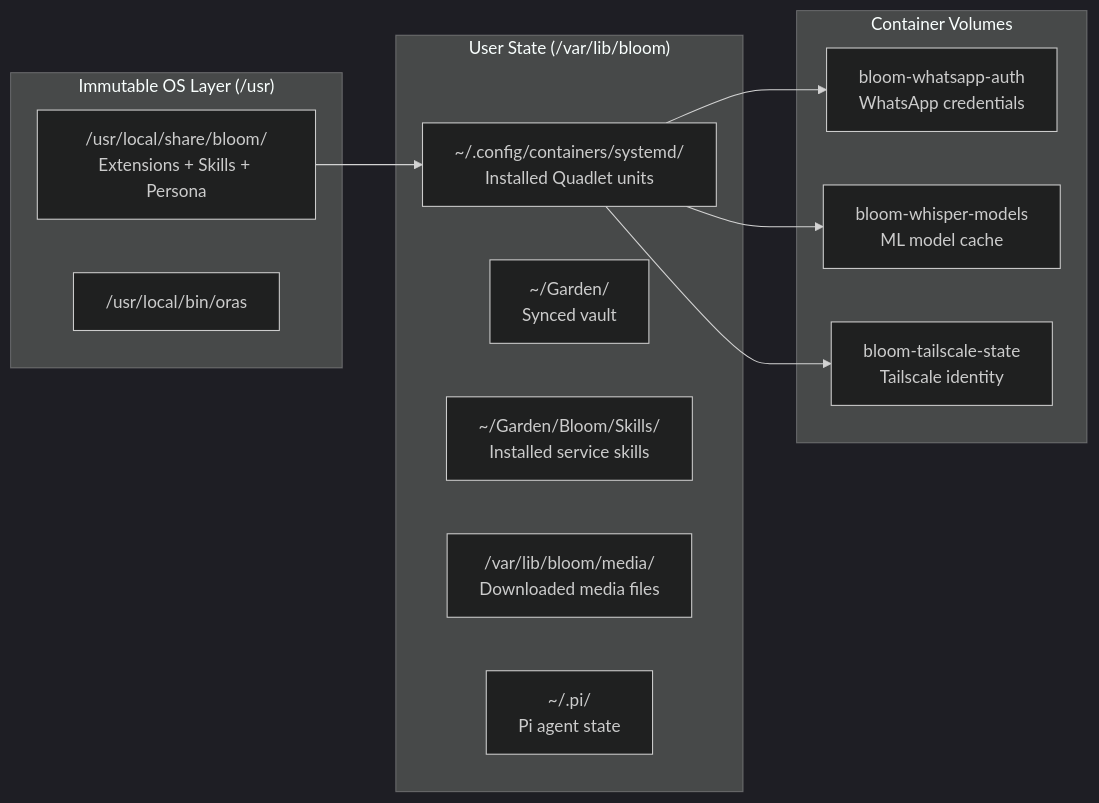
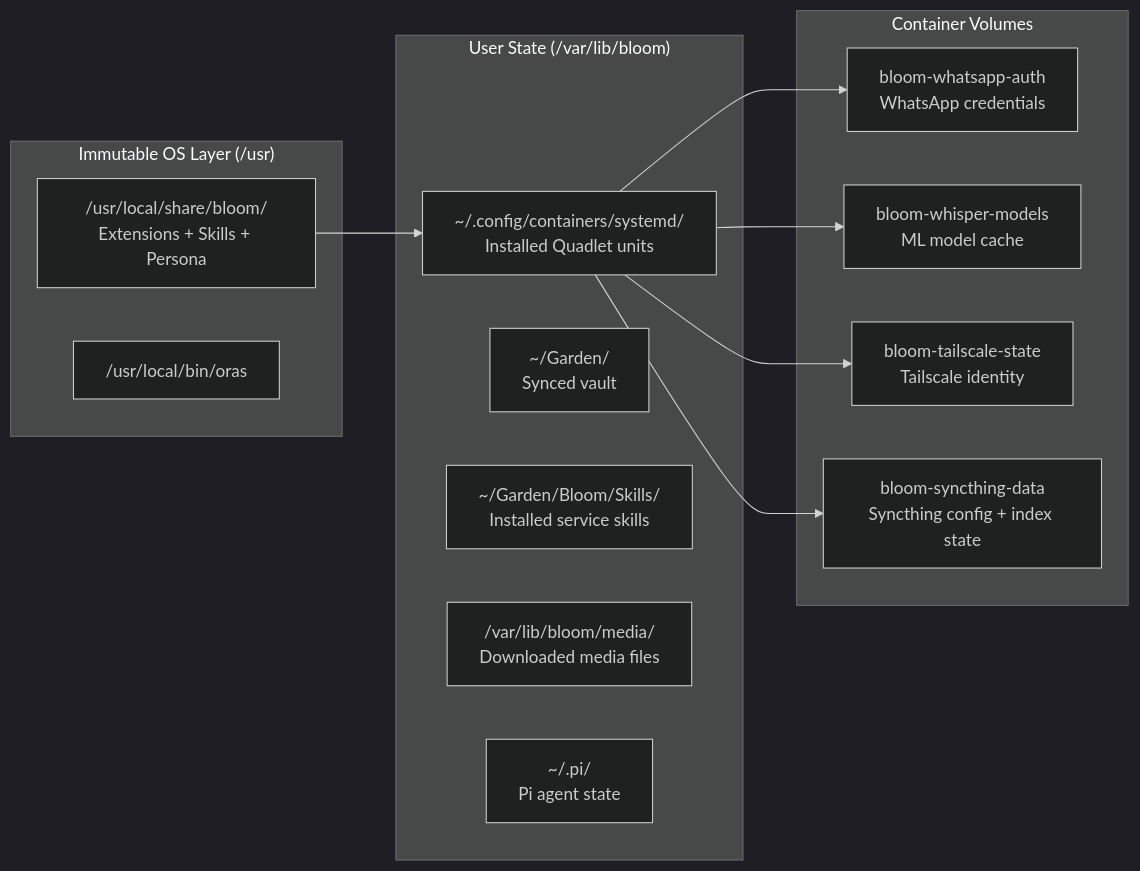
One commit to alexradunet/ownloom changed the sixth of 6 diagrams in docs/service-architecture.md. Above: the diagram before and after it, drawn with Mermaid (dark theme). The commit also changed other lines of this file and 8 other files, not shown here.

````diff
--- a/docs/service-architecture.md
+++ b/docs/service-architecture.md
@@ -226,26 +228,28 @@
 ```mermaid
 graph LR
     subgraph "Immutable OS Layer (/usr)"
         bloom_pkg["/usr/local/share/bloom/<br/>Extensions + Skills + Persona"]
         oras_bin["/usr/local/bin/oras"]
     end
 
     subgraph "User State (/var/lib/bloom)"
         config["~/.config/containers/systemd/<br/>Installed Quadlet units"]
         garden["~/Garden/<br/>Synced vault"]
         skills["~/Garden/Bloom/Skills/<br/>Installed service skills"]
         media["/var/lib/bloom/media/<br/>Downloaded media files"]
         pi_state["~/.pi/<br/>Pi agent state"]
     end
 
     subgraph "Container Volumes"
         wa_auth["bloom-whatsapp-auth<br/>WhatsApp credentials"]
         whisper_models["bloom-whisper-models<br/>ML model cache"]
         ts_state["bloom-tailscale-state<br/>Tailscale identity"]
+        st_state["bloom-syncthing-data<br/>Syncthing config + index state"]
     end
 
     bloom_pkg --> config
     config --> wa_auth
     config --> whisper_models
     config --> ts_state
+    config --> st_state
 ```
````
